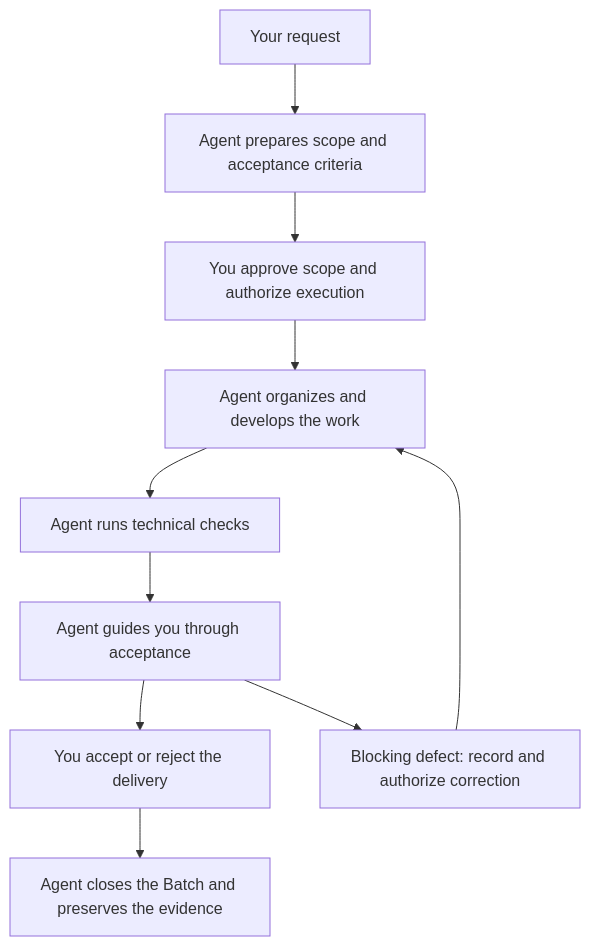
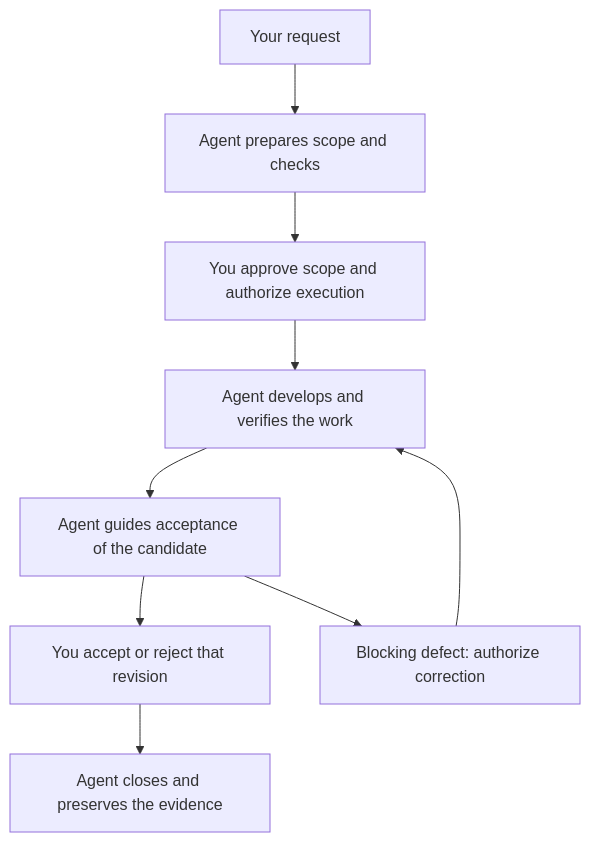
One commit to leclerefrederic/kanban-rememory changed the diagram in README.md. Above: the diagram before and after it, drawn with Mermaid. The commit also changed other lines of this file and 97 other files, not shown here.

````diff
--- a/README.md
+++ b/README.md
@@ -65,12 +62,11 @@
 ```mermaid
 flowchart TD
-    request[Your request] --> scope[Agent prepares scope and acceptance criteria]
+    request[Your request] --> scope[Agent prepares scope and checks]
     scope --> approval[You approve scope and authorize execution]
-    approval --> work[Agent organizes and develops the work]
-    work --> checks[Agent runs technical checks]
-    checks --> acceptance[Agent guides you through acceptance]
-    acceptance --> decision[You accept or reject the delivery]
-    acceptance --> correction[Blocking defect: record and authorize correction]
+    approval --> work[Agent develops and verifies the work]
+    work --> acceptance[Agent guides acceptance of the candidate]
+    acceptance --> decision[You accept or reject that revision]
+    acceptance --> correction[Blocking defect: authorize correction]
     correction --> work
-    decision --> closure[Agent closes the Batch and preserves the evidence]
+    decision --> closure[Agent closes and preserves the evidence]
 ```
````
